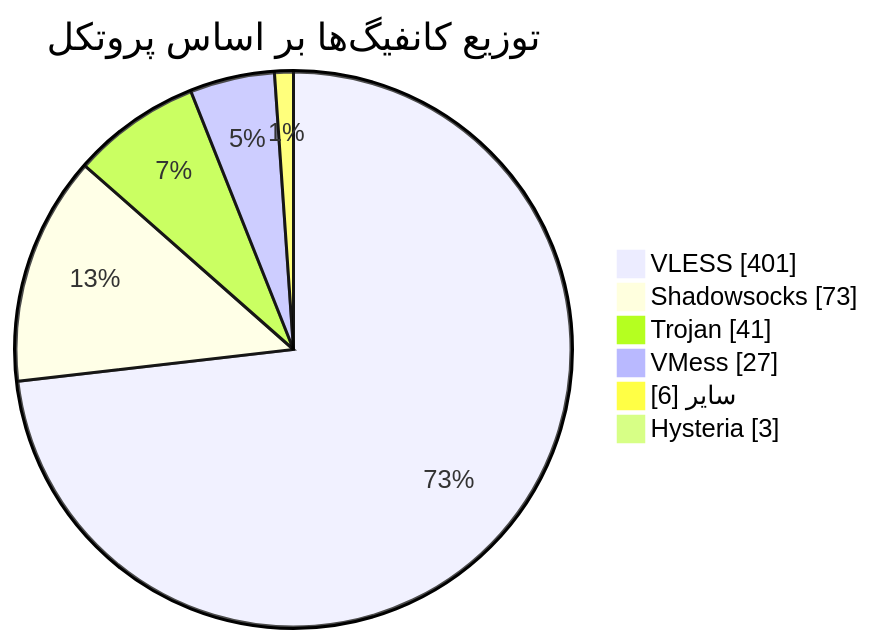
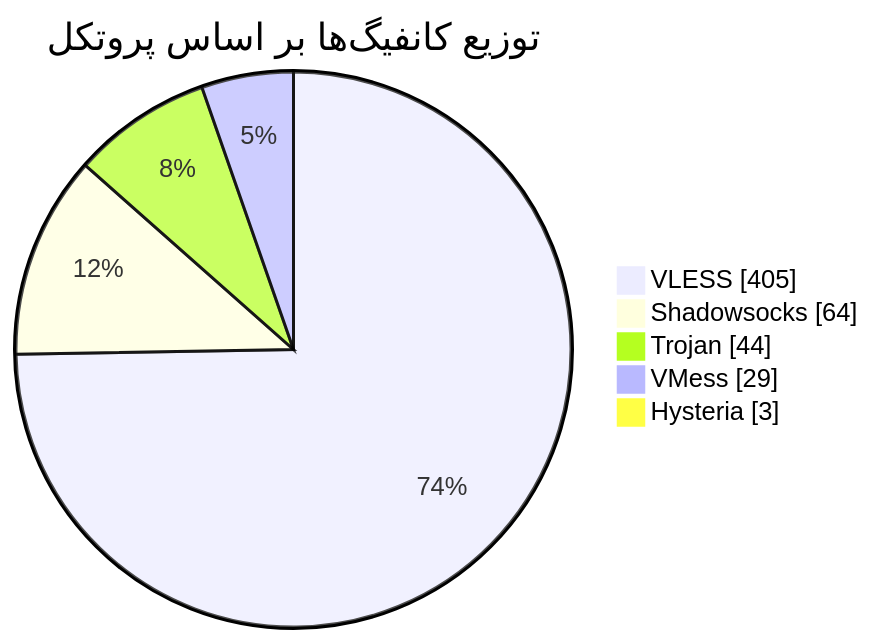
The diagram in README.md (Arian-Alijani/Somthing), drawn with Mermaid before and after one commit. The commit also changed other lines of this file and 69 other files, not shown here.

````diff
--- a/README.md
+++ b/README.md
@@ -48,10 +47,9 @@
 ```mermaid
 pie showData
     title توزیع کانفیگ‌ها بر اساس پروتکل
-    "VLESS" : 401
-    "Shadowsocks" : 73
-    "Trojan" : 41
-    "VMess" : 27
-    "سایر" : 6
+    "VLESS" : 405
+    "Shadowsocks" : 64
+    "Trojan" : 44
+    "VMess" : 29
     "Hysteria" : 3
 ```
````
